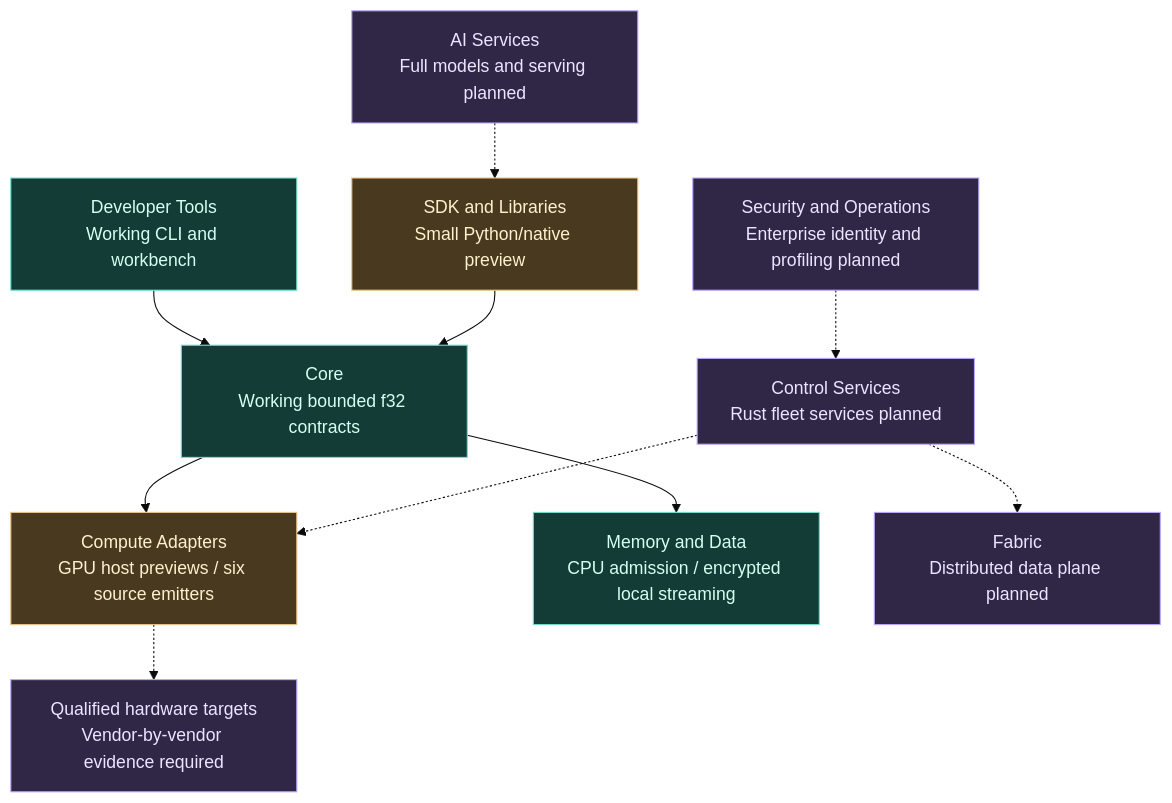
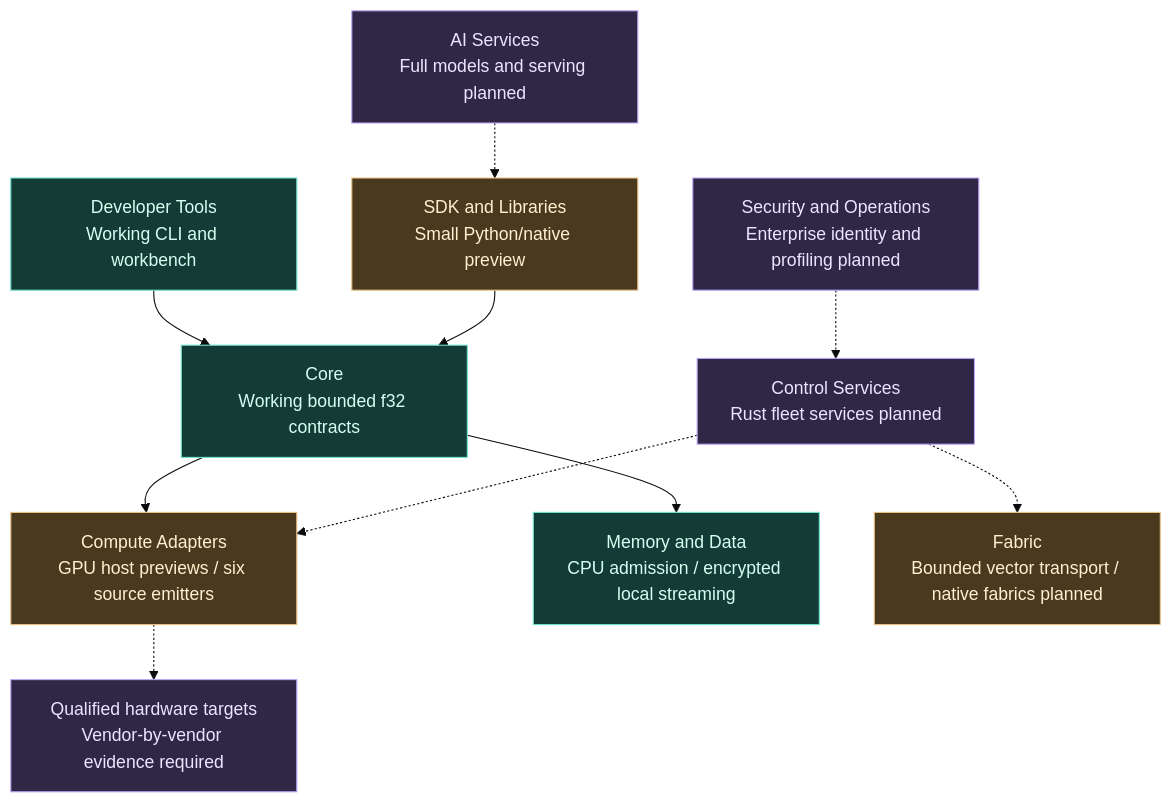
One commit to sabbirimon/HyperL changed the diagram in docs/SOFTWARE_STACK.md. Above: the diagram before and after it, drawn with Mermaid (base theme). The commit also changed other lines of this file and 58 other files, not shown here.

````diff
--- a/docs/SOFTWARE_STACK.md
+++ b/docs/SOFTWARE_STACK.md
@@ -29,18 +30,18 @@
 ```mermaid
 flowchart TB
     A["Developer Tools<br/>Working CLI and workbench"] --> B["Core<br/>Working bounded f32 contracts"]
     P["SDK and Libraries<br/>Small Python/native preview"] --> B
     B --> C["Compute Adapters<br/>GPU host previews / six source emitters"]
     B --> D["Memory and Data<br/>CPU admission / encrypted local streaming"]
     E["AI Services<br/>Full models and serving planned"] -.-> P
     F["Control Services<br/>Rust fleet services planned"] -.-> C
-    F -.-> G["Fabric<br/>Distributed data plane planned"]
+    F -.-> G["Fabric<br/>Bounded vector transport / native fabrics planned"]
     H["Security and Operations<br/>Enterprise identity and profiling planned"] -.-> F
     C -.-> I["Qualified hardware targets<br/>Vendor-by-vendor evidence required"]
     classDef working fill:#123c35,color:#d5fff1,stroke:#72e0ce;
     classDef preview fill:#49391e,color:#fff0ce,stroke:#eac388;
     classDef planned fill:#302747,color:#eee4ff,stroke:#bba7f8;
     class A,B,D working;
-    class P,C preview;
-    class E,F,G,H,I planned;
+    class P,C,G preview;
+    class E,F,H,I planned;
 ```
````
